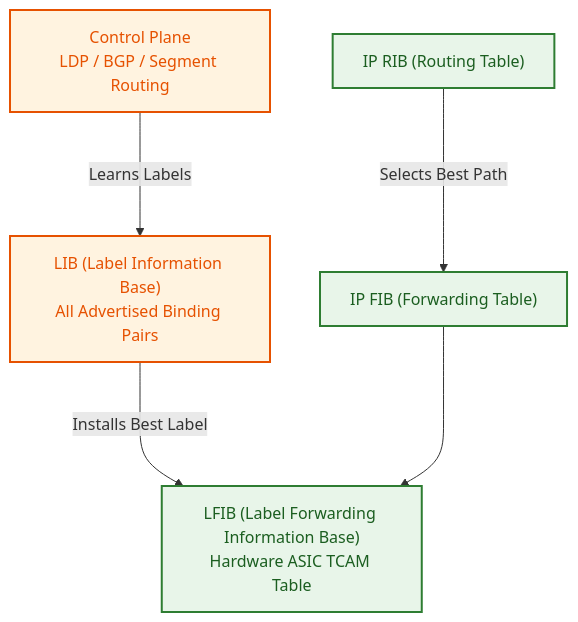
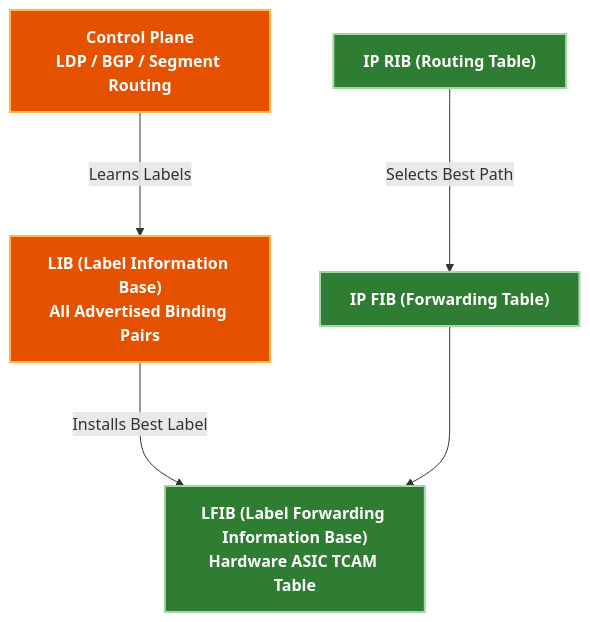
One commit to etherhtun/netforge-labs changed the second of 2 diagrams in docs/courses/03-mpls-l3vpn/concepts/01-mpls-architecture.md. Above: the diagram before and after it, drawn with Mermaid. The commit also changed 7 other files, not shown here.

Commit message:
fix(diagrams): update all Mermaid diagrams to use high-contrast white text on filled nodes for 100% visibility in both light and dark site themes

````diff
--- a/docs/courses/03-mpls-l3vpn/concepts/01-mpls-architecture.md
+++ b/docs/courses/03-mpls-l3vpn/concepts/01-mpls-architecture.md
@@ -62,11 +62,11 @@
 ```mermaid
 graph TD
     ControlPlane["Control Plane<br/>LDP / BGP / Segment Routing"] --->|Learns Labels| LIB["LIB (Label Information Base)<br/>All Advertised Binding Pairs"]
     RIB["IP RIB (Routing Table)"] --->|Selects Best Path| FIB["IP FIB (Forwarding Table)"]
     LIB --->|Installs Best Label| LFIB["LFIB (Label Forwarding Information Base)<br/>Hardware ASIC TCAM Table"]
     FIB ---> LFIB
 
-    classDef control fill:#fff3e0,stroke:#e65100,color:#e65100,stroke-width:2px;
-    classDef data fill:#e8f5e9,stroke:#2e7d32,color:#1b5e20,stroke-width:2px;
+    classDef control fill:#e65100,stroke:#ffb74d,color:#ffffff,stroke-width:2px,font-weight:bold;
+    classDef data fill:#2e7d32,stroke:#a5d6a7,color:#ffffff,stroke-width:2px,font-weight:bold;
     class ControlPlane,LIB control; class RIB,FIB,LFIB data;
 ```
````
